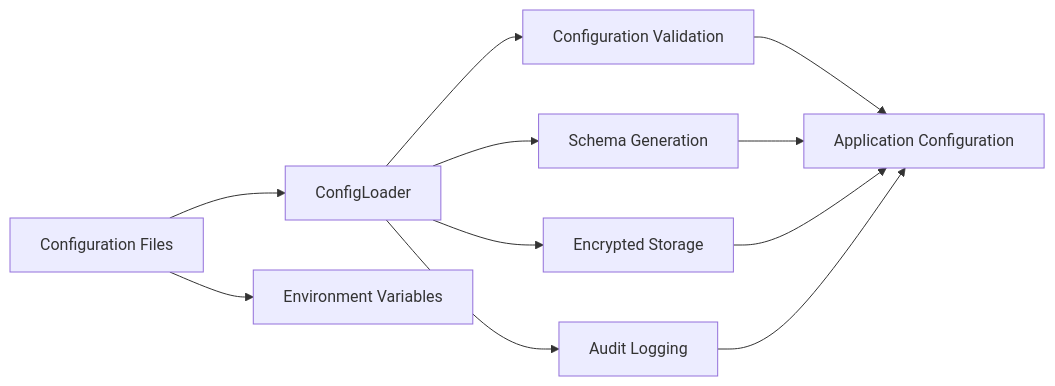
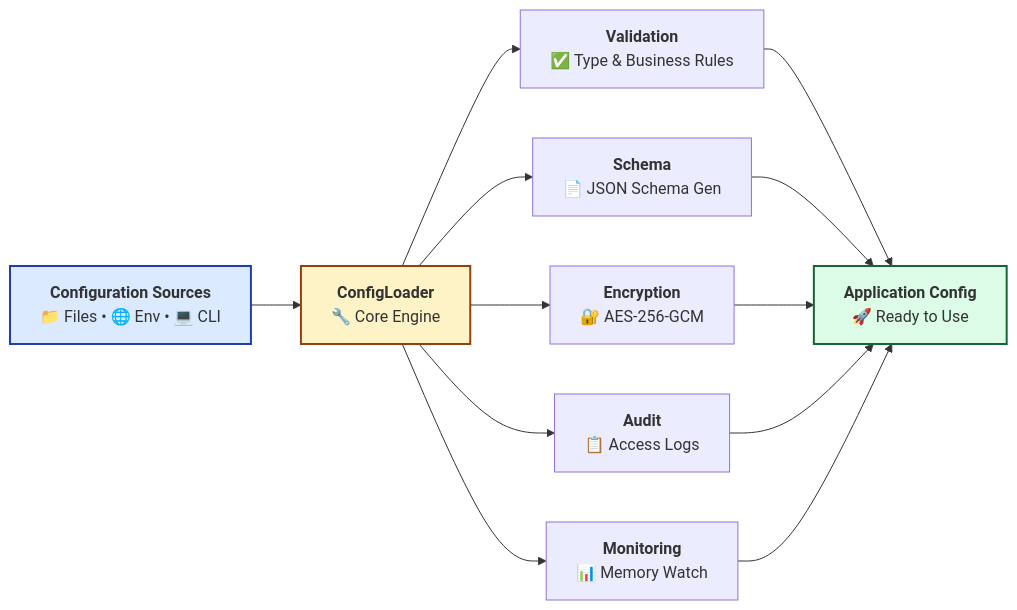
The first of 3 diagrams in README.md (Kirky-X/confers), drawn with Mermaid before and after one commit. The commit also changed other lines of this file and 12 other files, not shown here.

First line of the commit message:
docs: 优化文档页面视觉效果并添加 logo 图片

````diff
--- a/README.md
+++ b/README.md
@@ -118,13 +170,18 @@
 ```mermaid
 graph LR
-    A[Configuration Files] --> B[ConfigLoader]
-    A --> C[Environment Variables]
-    B --> D[Configuration Validation]
-    B --> E[Schema Generation]
-    B --> F[Encrypted Storage]
-    B --> G[Audit Logging]
-    D --> H[Application Configuration]
+    A[<b>Configuration Sources</b><br/>📁 Files • 🌐 Env • 💻 CLI] --> B[<b>ConfigLoader</b><br/>🔧 Core Engine]
+    B --> C[<b>Validation</b><br/>✅ Type & Business Rules]
+    B --> D[<b>Schema</b><br/>📄 JSON Schema Gen]
+    B --> E[<b>Encryption</b><br/>🔐 AES-256-GCM]
+    B --> F[<b>Audit</b><br/>📋 Access Logs]
+    B --> G[<b>Monitoring</b><br/>📊 Memory Watch]
+    C --> H[<b>Application Config</b><br/>🚀 Ready to Use]
+    D --> H
     E --> H
     F --> H
     G --> H
+    
+    style A fill:#DBEAFE,stroke:#1E40AF,stroke-width:2px
+    style B fill:#FEF3C7,stroke:#92400E,stroke-width:2px
+    style H fill:#DCFCE7,stroke:#166534,stroke-width:2px
 ```
````
